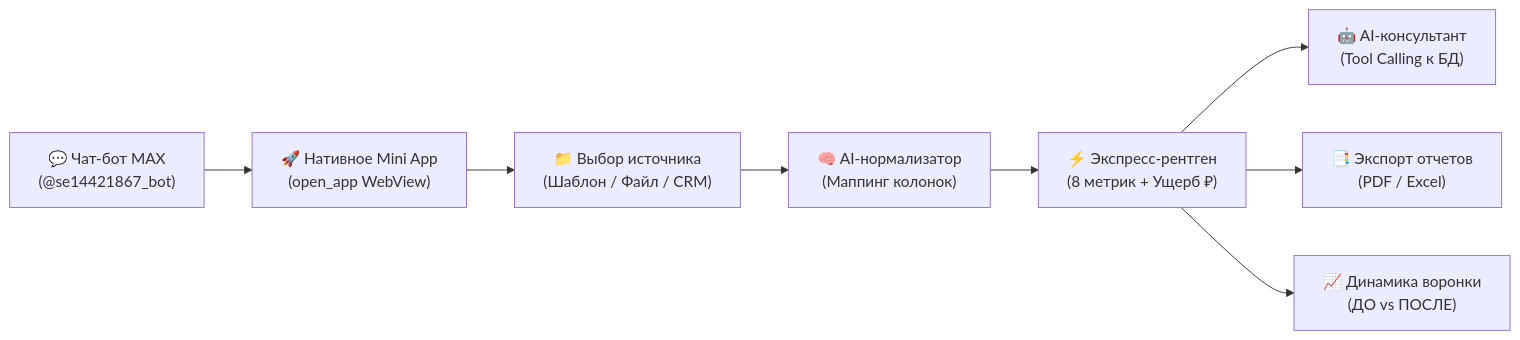
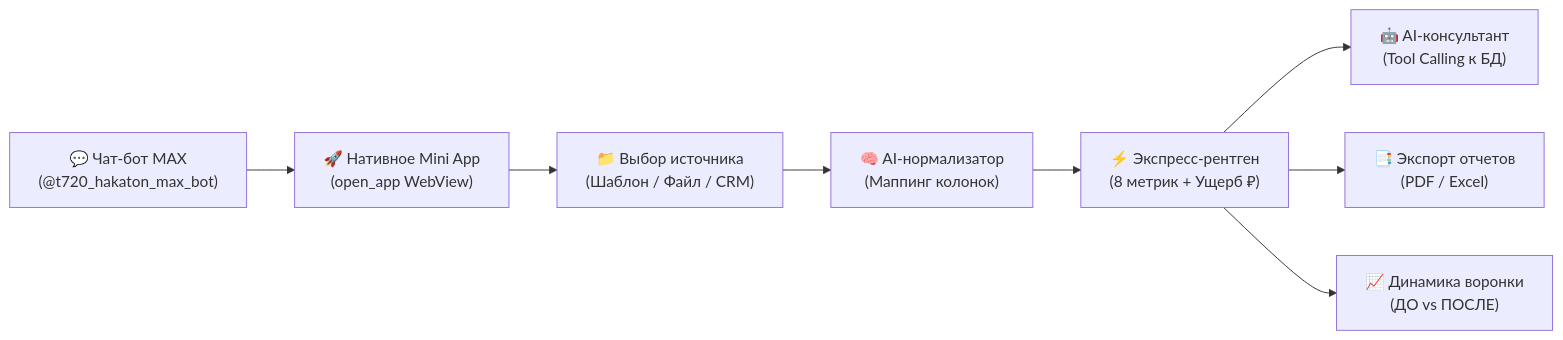
Before and after one commit to MIshaTilt/xray-business: the diagram in README.md, drawn with Mermaid. The commit also changed other lines of this file and 9 other files, not shown here.

First line of the commit message:
Switch MAX bot to t720_hakaton_max_bot

````diff
--- a/README.md
+++ b/README.md
@@ -119,10 +119,10 @@
 ```mermaid
 flowchart LR
-    A["💬 Чат-бот MAX\n(@se14421867_bot)"] --> B["🚀 Нативное Mini App\n(open_app WebView)"]
+    A["💬 Чат-бот MAX\n(@t720_hakaton_max_bot)"] --> B["🚀 Нативное Mini App\n(open_app WebView)"]
     B --> C["📁 Выбор источника\n(Шаблон / Файл / CRM)"]
     C --> D["🧠 AI-нормализатор\n(Маппинг колонок)"]
     D --> E["⚡ Экспресс-рентген\n(8 метрик + Ущерб ₽)"]
     E --> F["🤖 AI-консультант\n(Tool Calling к БД)"]
     E --> G["📑 Экспорт отчетов\n(PDF / Excel)"]
     E --> H["📈 Динамика воронки\n(ДО vs ПОСЛЕ)"]
 ```
````
